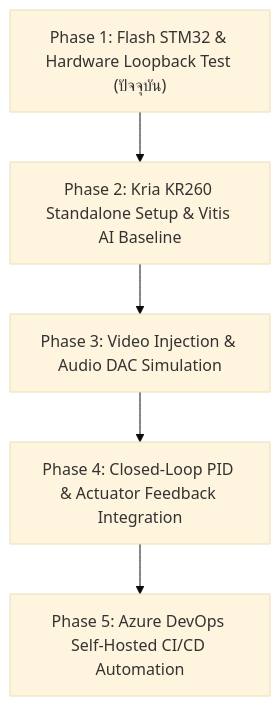
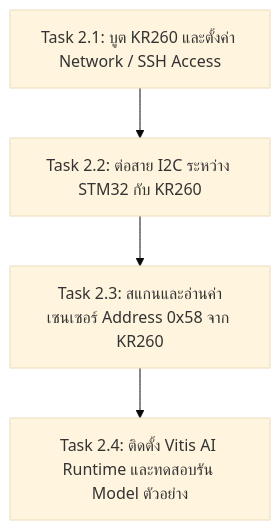
Before and after one commit to riwrivvriw/kria260-stm32-hil-cicd: the diagram in PROJECT_PLAN.md, drawn with Mermaid (base theme). The commit also changed other lines of this file, not shown here.

````diff
--- a/PROJECT_PLAN.md
+++ b/PROJECT_PLAN.md
@@ -72,10 +82,9 @@
 ```mermaid
 flowchart TD
-    M1["Phase 1: Flash STM32 & Hardware Loopback Test (ปัจจุบัน)"]
-    M2["Phase 2: Kria KR260 Standalone Setup & Vitis AI Baseline"]
-    M3["Phase 3: Video Injection & Audio DAC Simulation"]
-    M4["Phase 4: Closed-Loop PID & Actuator Feedback Integration"]
-    M5["Phase 5: Azure DevOps Self-Hosted CI/CD Automation"]
+    T1["Task 2.1: บูต KR260 และตั้งค่า Network / SSH Access"]
+    T2["Task 2.2: ต่อสาย I2C ระหว่าง STM32 กับ KR260"]
+    T3["Task 2.3: สแกนและอ่านค่าเซนเซอร์ Address 0x58 จาก KR260"]
+    T4["Task 2.4: ติดตั้ง Vitis AI Runtime และทดสอบรัน Model ตัวอย่าง"]
 
-    M1 --> M2 --> M3 --> M4 --> M5
+    T1 --> T2 --> T3 --> T4
 ```
````
